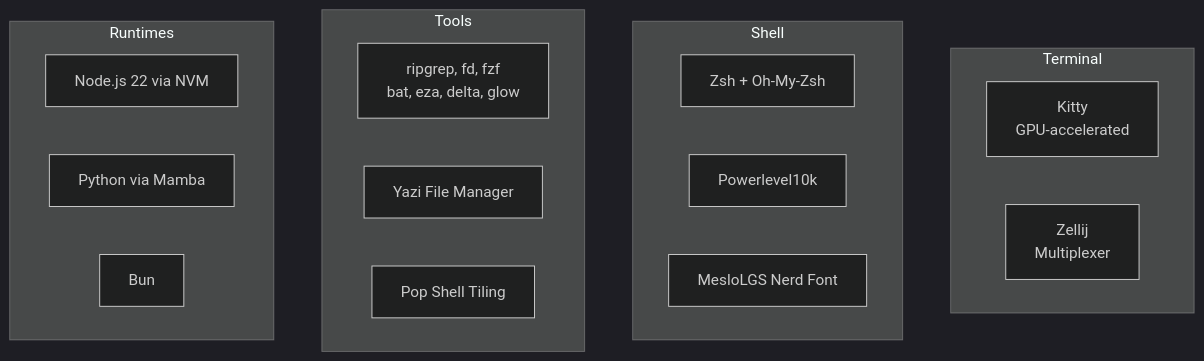
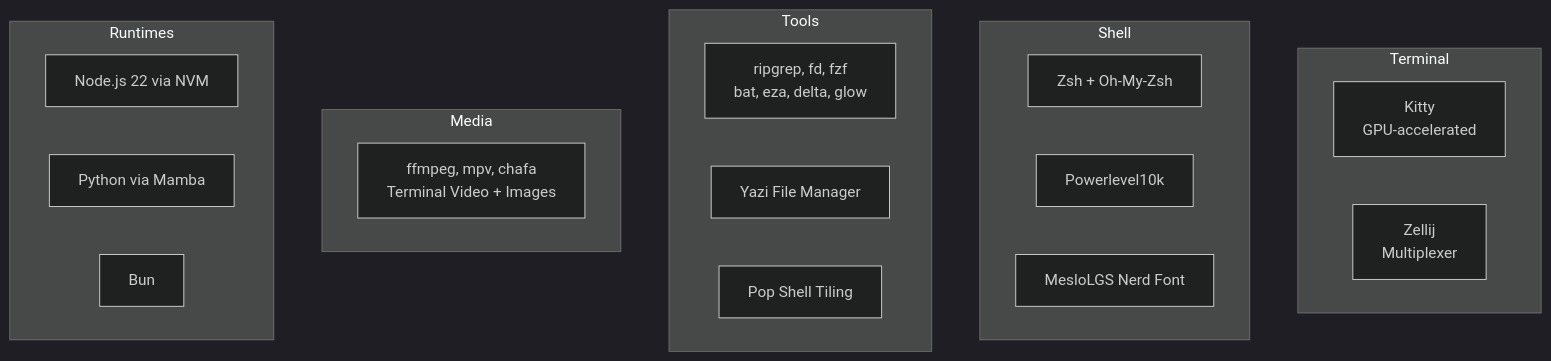
Before and after one commit to AeyeOps/ai-essentials: the third of 3 diagrams in README.md, drawn with Mermaid (dark theme). The commit also changed other lines of this file and 2 other files, not shown here.

````diff
--- a/README.md
+++ b/README.md
@@ -97,25 +97,29 @@
 ```mermaid
 graph TD
     subgraph Terminal
         K[Kitty<br/>GPU-accelerated]
         Z[Zellij<br/>Multiplexer]
     end
 
     subgraph Shell
         ZSH[Zsh + Oh-My-Zsh]
         P10K[Powerlevel10k]
         FONT[MesloLGS Nerd Font]
     end
 
     subgraph Tools
         CLI[ripgrep, fd, fzf<br/>bat, eza, delta, glow]
         YAZI[Yazi File Manager]
         POP[Pop Shell Tiling]
     end
 
+    subgraph Media
+        MEDIA[ffmpeg, mpv, chafa<br/>Terminal Video + Images]
+    end
+
     subgraph Runtimes
         NODE[Node.js 22 via NVM]
         PY[Python via Mamba]
         BUN[Bun]
     end
 ```
````
